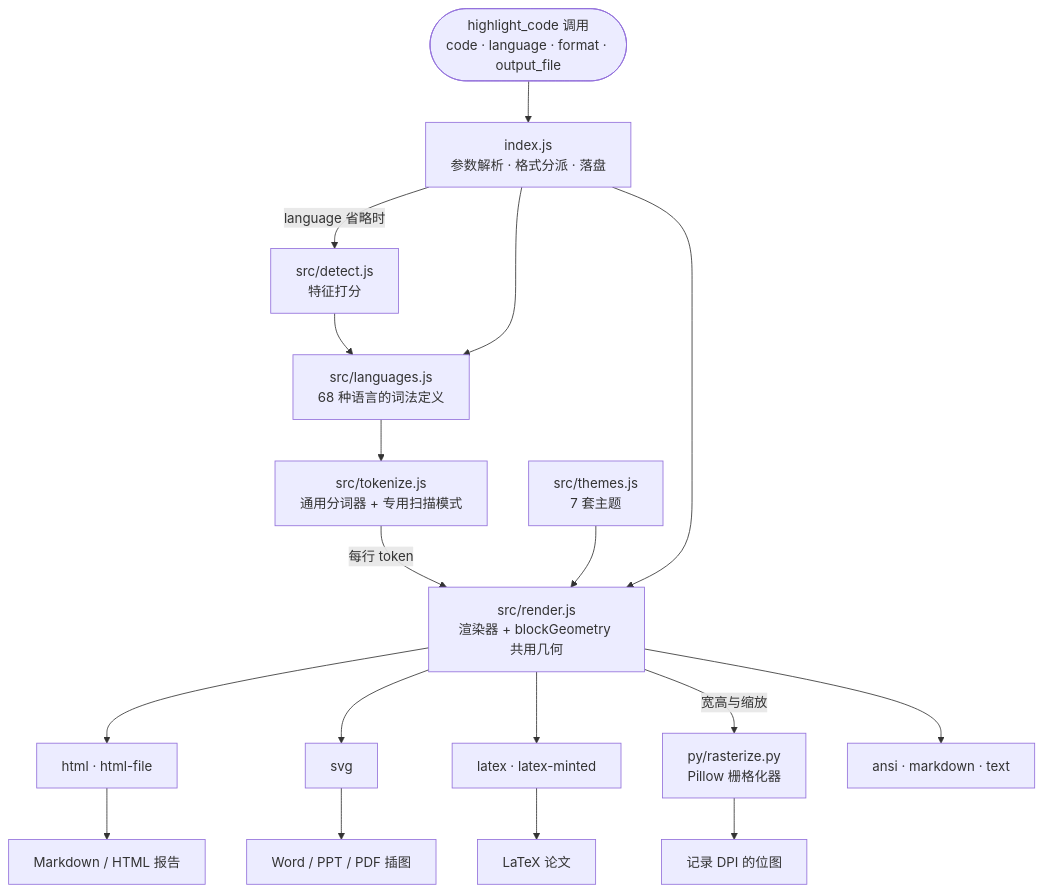
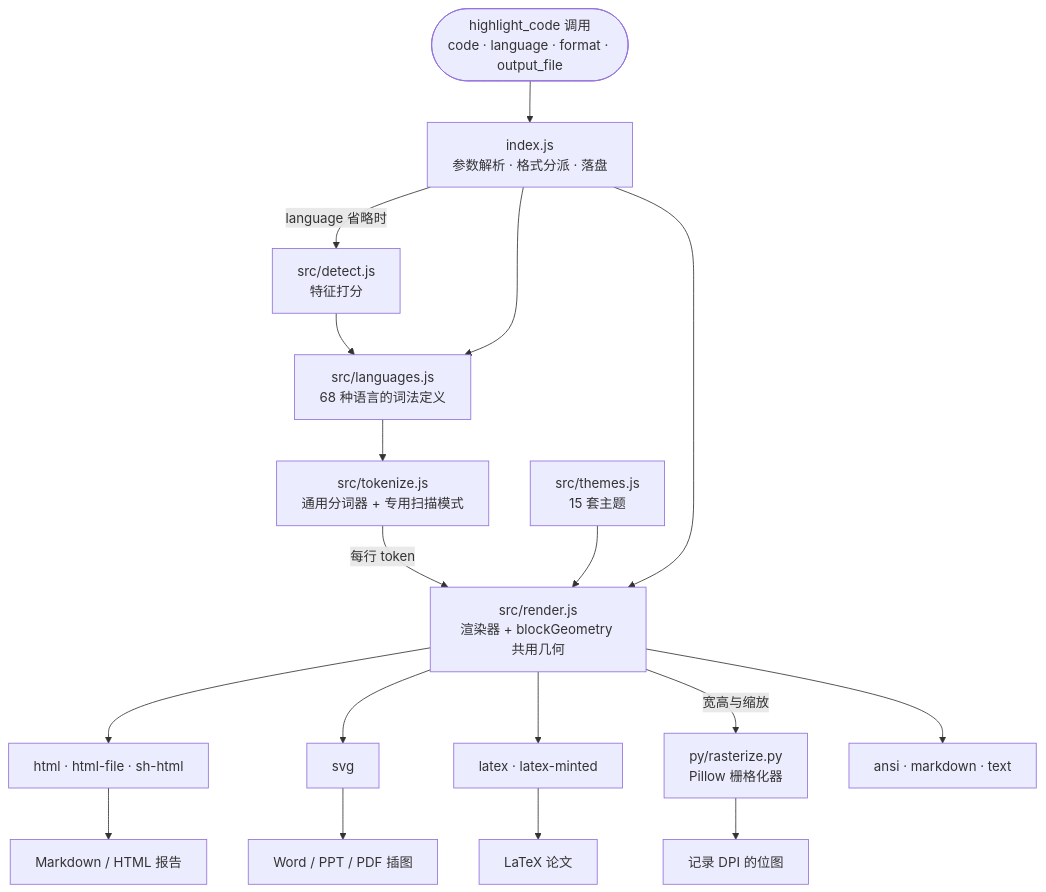
The first of 2 diagrams in README.md (scientificmaniac/dsh-code-highlight), drawn with Mermaid before and after one commit. The commit also changed other lines of this file and 14 other files, not shown here.

First line of the commit message:
feat: SyntaxHighlighter themes, codeinword HTML I/O, Word-friendly table output

````diff
--- a/README.md
+++ b/README.md
@@ -135,29 +146,29 @@
 ```mermaid
 flowchart TD
     invoke(["highlight_code 调用<br/>code · language · format · output_file"])
     entry["index.js<br/>参数解析 · 格式分派 · 落盘"]
     detect["src/detect.js<br/>特征打分"]
     langs["src/languages.js<br/>68 种语言的词法定义"]
     tokenize["src/tokenize.js<br/>通用分词器 + 专用扫描模式"]
-    themes["src/themes.js<br/>7 套主题"]
+    themes["src/themes.js<br/>15 套主题"]
     render["src/render.js<br/>渲染器 + blockGeometry 共用几何"]
     raster["py/rasterize.py<br/>Pillow 栅格化器"]
 
     invoke --> entry
     entry -->|"language 省略时"| detect
     detect --> langs
     entry --> langs
     langs --> tokenize
     tokenize -->|"每行 token"| render
     themes --> render
     entry --> render
-    render --> f1["html · html-file"]
+    render --> f1["html · html-file · sh-html"]
     render --> f2["svg"]
     render --> f3["latex · latex-minted"]
     render --> f4["ansi · markdown · text"]
     render -->|"宽高与缩放"| raster
     f1 --> d1["Markdown / HTML 报告"]
     f2 --> d2["Word / PPT / PDF 插图"]
     f3 --> d3["LaTeX 论文"]
     raster --> d4["记录 DPI 的位图"]
 ```
````
